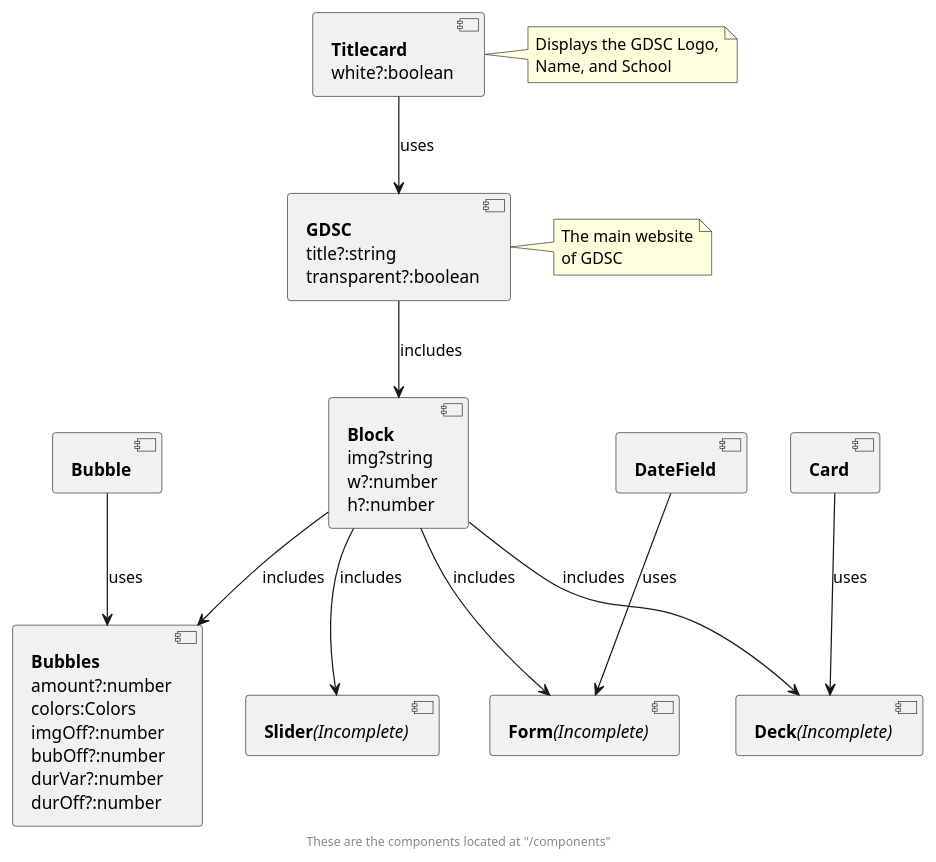
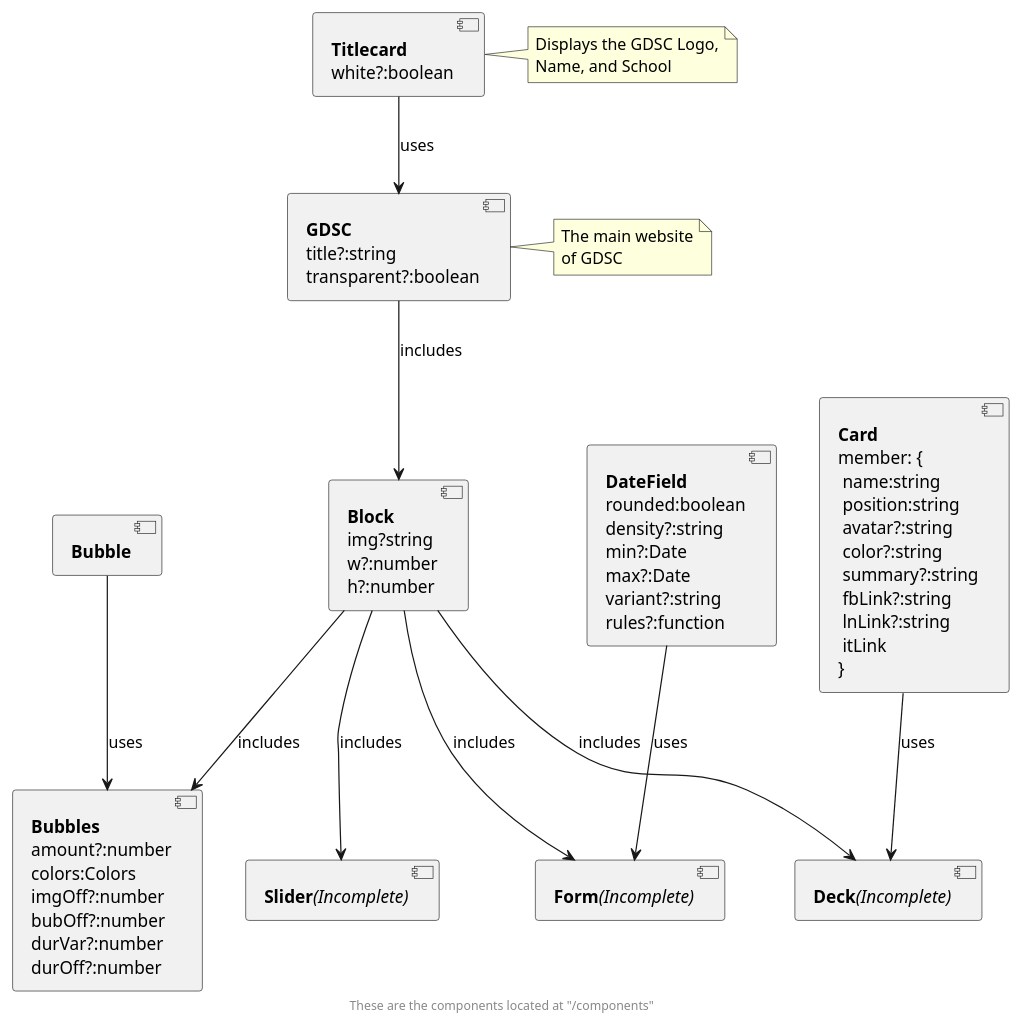
Before and after one commit to jasouza-git/gdsc-usa: the diagram in plan/components.pu, drawn with PlantUML. The commit also changed 2 other files, not shown here.

Commit message:
Updated UML and removed old bubbles

```diff
--- a/plan/components.pu
+++ b/plan/components.pu
@@ -1,34 +1,34 @@
 @startuml
 [<b>Titlecard</b>\nwhite?:boolean] as Titlecard
 [<b>GDSC</b>\ntitle?:string\ntransparent?:boolean] as GDSC
 [<b>Block</b>\nimg?string\nw?:number\nh?:number] as Block
 [<b>Bubbles</b>\namount?:number\ncolors:Colors\nimgOff?:number\nbubOff?:number\ndurVar?:number\ndurOff?:number] as Bubbles
 [<b>Deck</b><i>(Incomplete)</i>] as Deck
 [<b>Form</b><i>(Incomplete)</i>] as Form
 [<b>Slider</b><i>(Incomplete)</i>] as Slider
 [<b>Bubble</b>] as Bubble
-[<b>Card</b>] as Card
-[<b>DateField</b>] as DateField
+[<b>Card</b>\nmember: {\n name:string\n position:string\n avatar?:string\n color?:string\n summary?:string\n fbLink?:string\n lnLink?:string\n itLink\n}] as Card
+[<b>DateField</b>\nrounded:boolean\ndensity?:string\nmin?:Date\nmax?:Date\nvariant?:string\nrules?:function] as DateField
 
 Titlecard --> GDSC : uses
 GDSC --> Block : includes
 Block --> Bubbles : includes
 Block --> Deck : includes
 Block --> Form : includes
 Block --> Slider : includes
 Bubble --> Bubbles : uses
 DateField --> Form : uses
 Card --> Deck : uses
 
 note right of Titlecard
   Displays the GDSC Logo,
   Name, and School
 end note
 
 note right of GDSC
   The main website
   of GDSC
 end note
 
 footer These are the components located at "/components"
 @enduml
```
